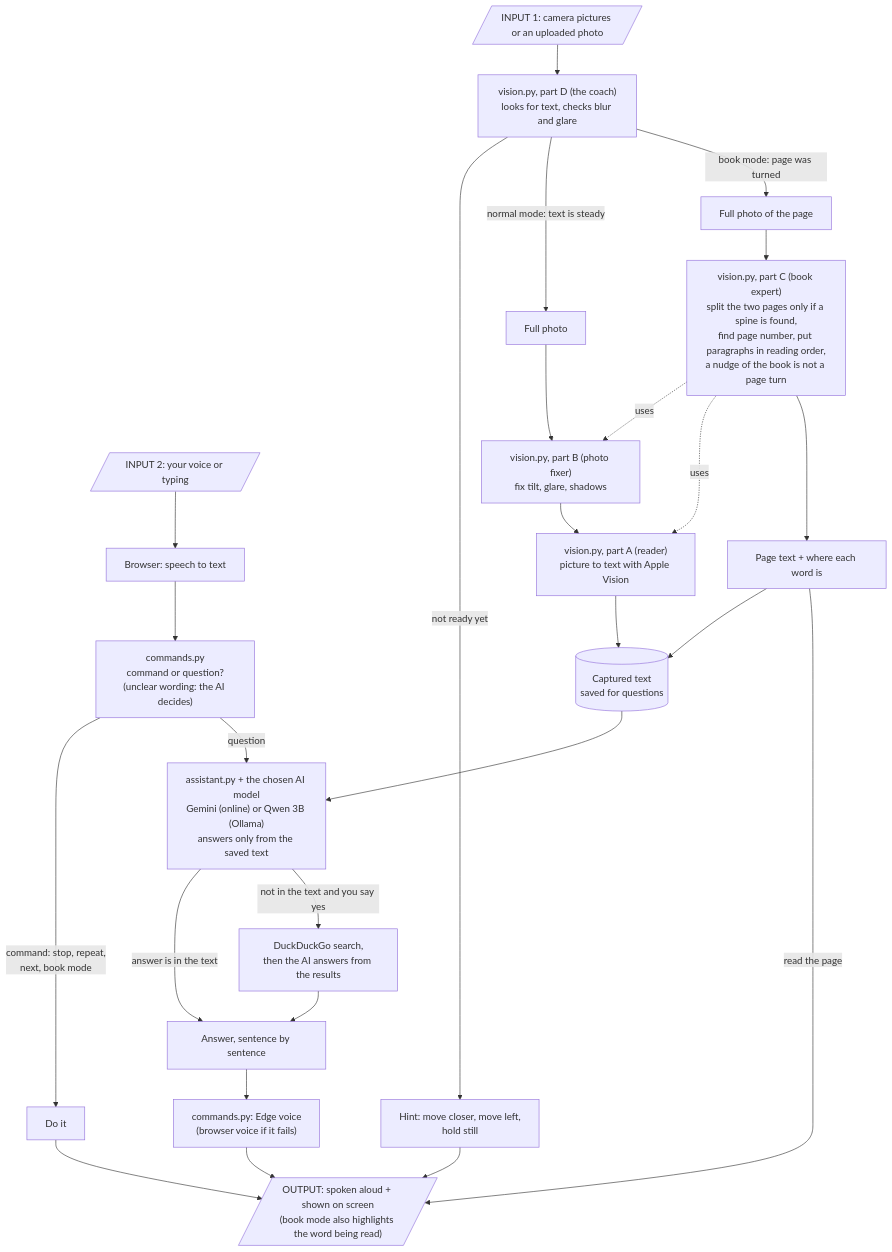
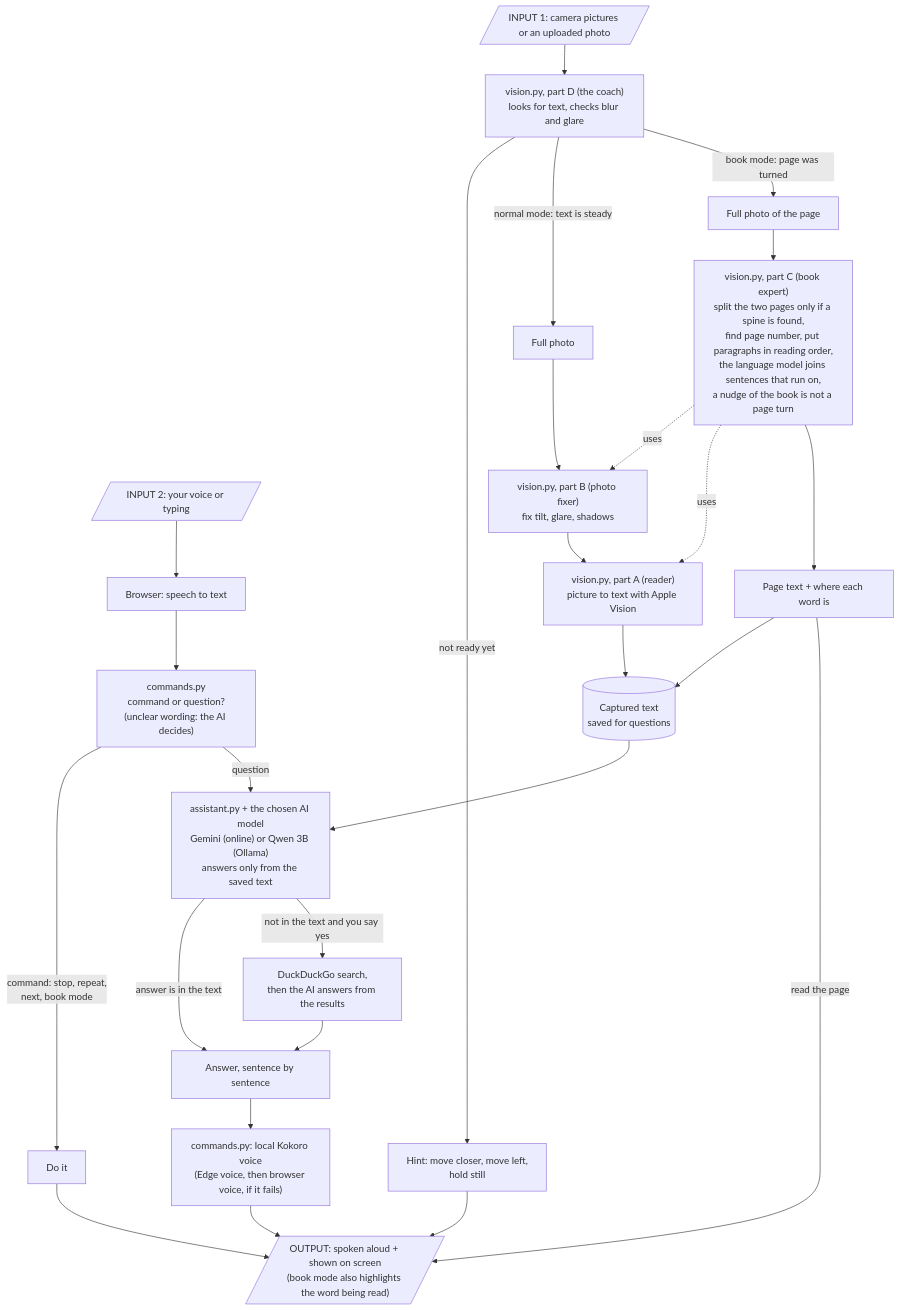
One commit to neerajprao/Helping_Eyes-main changed the diagram in working.md. Above: the diagram before and after it, drawn with Mermaid. The commit also changed other lines of this file and 26 other files, not shown here.

Commit message:
used local kokoro tts

````diff
--- a/working.md
+++ b/working.md
@@ -75,36 +76,36 @@
 ```mermaid
 flowchart TD
     CAM[/"INPUT 1: camera pictures or an uploaded photo"/]
     VOICE[/"INPUT 2: your voice or typing"/]
 
     CAM --> COACH["vision.py, part D (the coach)<br/>looks for text, checks blur and glare"]
     COACH -->|not ready yet| HINT["Hint: move closer, move left,<br/>hold still"]
     COACH -->|normal mode: text is steady| PHOTO["Full photo"]
     COACH -->|book mode: page was turned| BOOKPHOTO["Full photo of the page"]
 
     PHOTO --> FIX["vision.py, part B (photo fixer)<br/>fix tilt, glare, shadows"]
     FIX --> READ["vision.py, part A (reader)<br/>picture to text with Apple Vision"]
     READ --> SAVED[("Captured text<br/>saved for questions")]
 
-    BOOKPHOTO --> BOOK["vision.py, part C (book expert)<br/>split the two pages only if a spine is found,<br/>find page number, put paragraphs in reading order,<br/>a nudge of the book is not a page turn"]
+    BOOKPHOTO --> BOOK["vision.py, part C (book expert)<br/>split the two pages only if a spine is found,<br/>find page number, put paragraphs in reading order,<br/>the language model joins sentences that run on,<br/>a nudge of the book is not a page turn"]
     BOOK -.uses.-> FIX
     BOOK -.uses.-> READ
     BOOK --> PAGE["Page text + where each word is"]
     PAGE --> SAVED
 
     VOICE --> STT["Browser: speech to text"]
     STT --> CMD["commands.py<br/>command or question?<br/>(unclear wording: the AI decides)"]
     CMD -->|command: stop, repeat,<br/>next, book mode| ACT["Do it"]
     CMD -->|question| AI["assistant.py + the chosen AI model<br/>Gemini (online) or Qwen 3B (Ollama)<br/>answers only from the saved text"]
     SAVED --> AI
     AI -->|answer is in the text| ANSWER["Answer, sentence by sentence"]
     AI -->|not in the text and you say yes| WEB["DuckDuckGo search,<br/>then the AI answers from the results"]
     WEB --> ANSWER
 
-    ANSWER --> VOICEOUT["commands.py: Edge voice<br/>(browser voice if it fails)"]
+    ANSWER --> VOICEOUT["commands.py: local Kokoro voice<br/>(Edge voice, then browser voice, if it fails)"]
     VOICEOUT --> OUT
     HINT --> OUT
     ACT --> OUT
     PAGE -->|read the page| OUT
     OUT[/"OUTPUT: spoken aloud + shown on screen<br/>(book mode also highlights the word being read)"/]
 ```
````
